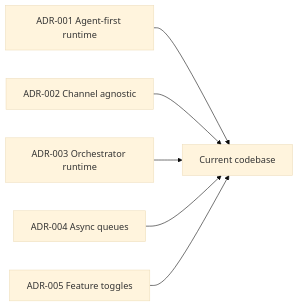
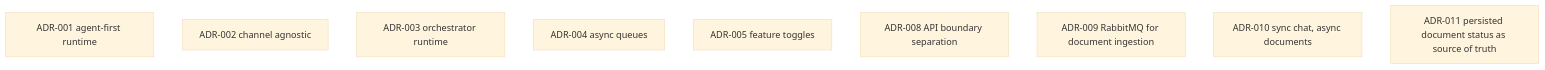
Before and after one commit to CiceroDeveloper01/rag-platform: the diagram in docs/ARCHITECTURE_DECISIONS.md, drawn with Mermaid (base theme). The commit also changed other lines of this file and 191 other files, not shown here.

Commit message:
refactor: consolidate monorepo architecture, async documents flow and platform structure

````diff
--- a/docs/ARCHITECTURE_DECISIONS.md
+++ b/docs/ARCHITECTURE_DECISIONS.md
@@ -9,14 +7,12 @@
 ```mermaid
-flowchart LR
-    ADR1[ADR-001 Agent-first runtime]
-    ADR2[ADR-002 Channel agnostic]
-    ADR3[ADR-003 Orchestrator runtime]
-    ADR4[ADR-004 Async queues]
-    ADR5[ADR-005 Feature toggles]
-
-    ADR1 --> Current[Current codebase]
-    ADR2 --> Current
-    ADR3 --> Current
-    ADR4 --> Current
-    ADR5 --> Current
+flowchart TD
+    ADR1[ADR-001 agent-first runtime]
+    ADR2[ADR-002 channel agnostic]
+    ADR3[ADR-003 orchestrator runtime]
+    ADR4[ADR-004 async queues]
+    ADR5[ADR-005 feature toggles]
+    ADR8[ADR-008 API boundary separation]
+    ADR9[ADR-009 RabbitMQ for document ingestion]
+    ADR10[ADR-010 sync chat, async documents]
+    ADR11[ADR-011 persisted document status as source of truth]
 ```
````
